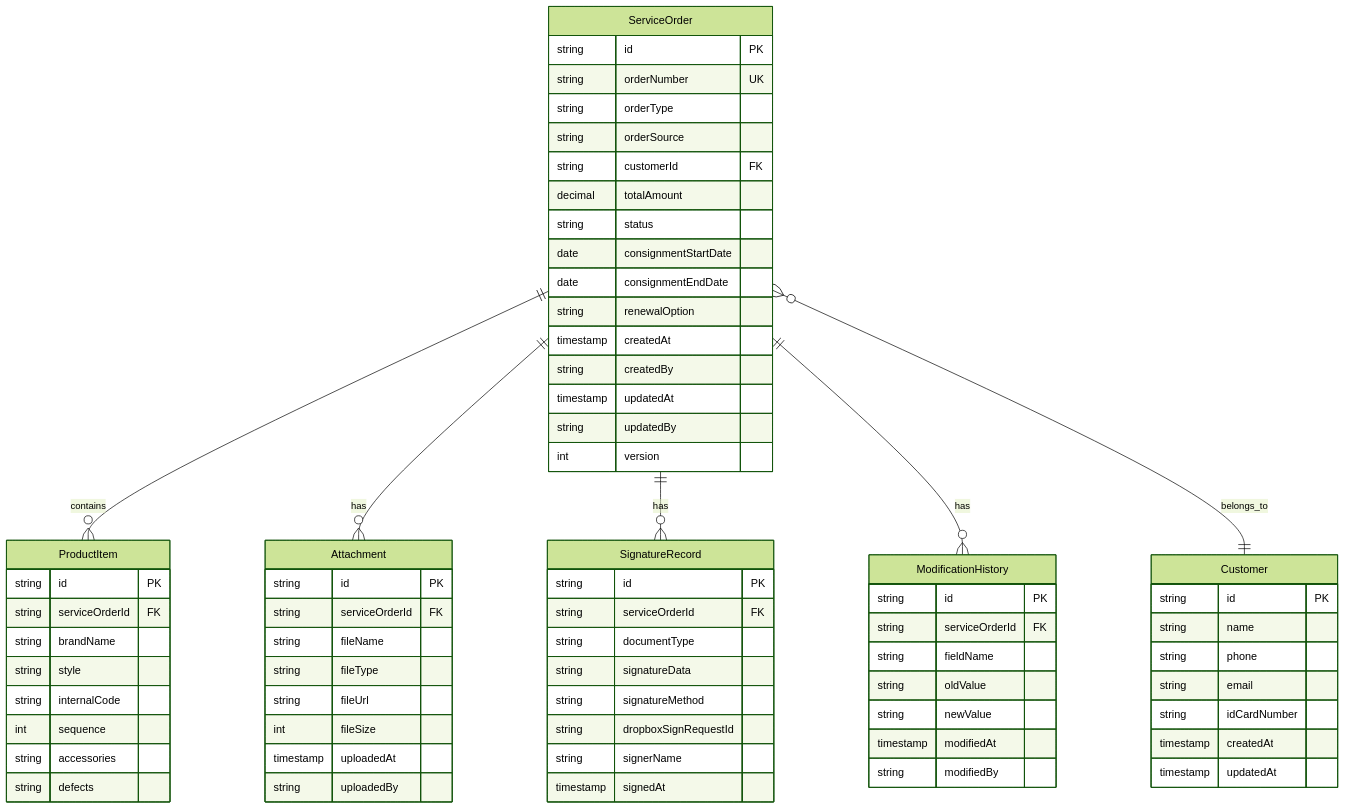
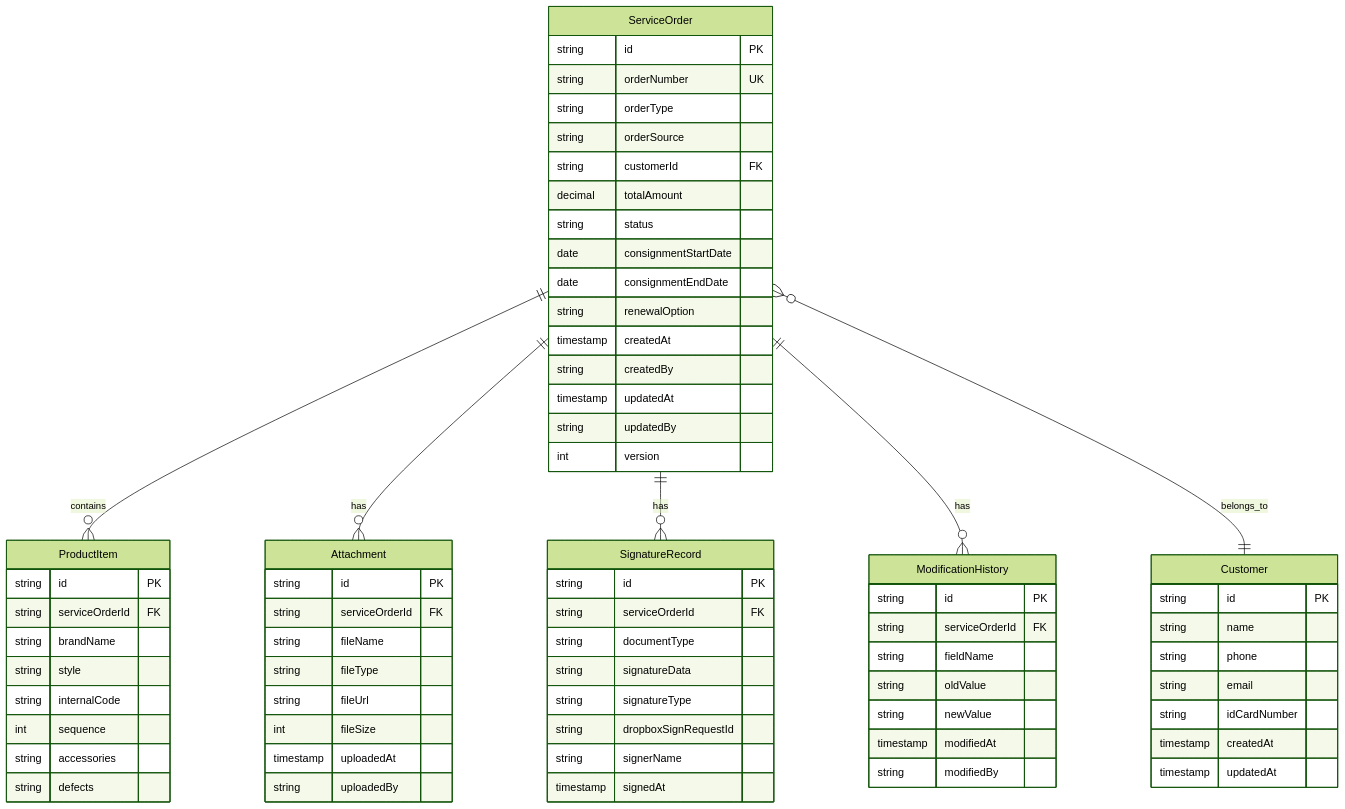
One commit to chuangmaster/v3-admin-vite changed the diagram in specs/004-service-order-management/data-model.md. Above: the diagram before and after it, drawn with Mermaid (forest theme). The commit also changed other lines of this file and 9 other files, not shown here.

````diff
--- a/specs/004-service-order-management/data-model.md
+++ b/specs/004-service-order-management/data-model.md
@@ -11,79 +11,79 @@
 ```mermaid
 erDiagram
     ServiceOrder ||--o{ ProductItem : contains
     ServiceOrder ||--o{ Attachment : has
     ServiceOrder ||--o{ SignatureRecord : has
     ServiceOrder ||--o{ ModificationHistory : has
     ServiceOrder }o--|| Customer : belongs_to
     
     ServiceOrder {
         string id PK
         string orderNumber UK
         string orderType
         string orderSource
         string customerId FK
         decimal totalAmount
         string status
         date consignmentStartDate
         date consignmentEndDate
         string renewalOption
         timestamp createdAt
         string createdBy
         timestamp updatedAt
         string updatedBy
         int version
     }
     
     ProductItem {
         string id PK
         string serviceOrderId FK
         string brandName
         string style
         string internalCode
         int sequence
         string accessories
         string defects
     }
     
     Customer {
         string id PK
         string name
         string phone
         string email
         string idCardNumber
         timestamp createdAt
         timestamp updatedAt
     }
     
     Attachment {
         string id PK
         string serviceOrderId FK
         string fileName
         string fileType
         string fileUrl
         int fileSize
         timestamp uploadedAt
         string uploadedBy
     }
     
     SignatureRecord {
         string id PK
         string serviceOrderId FK
         string documentType
         string signatureData
-        string signatureMethod
+        string signatureType
         string dropboxSignRequestId
         string signerName
         timestamp signedAt
     }
     
     ModificationHistory {
         string id PK
         string serviceOrderId FK
         string fieldName
         string oldValue
         string newValue
         timestamp modifiedAt
         string modifiedBy
     }
 ```
````
